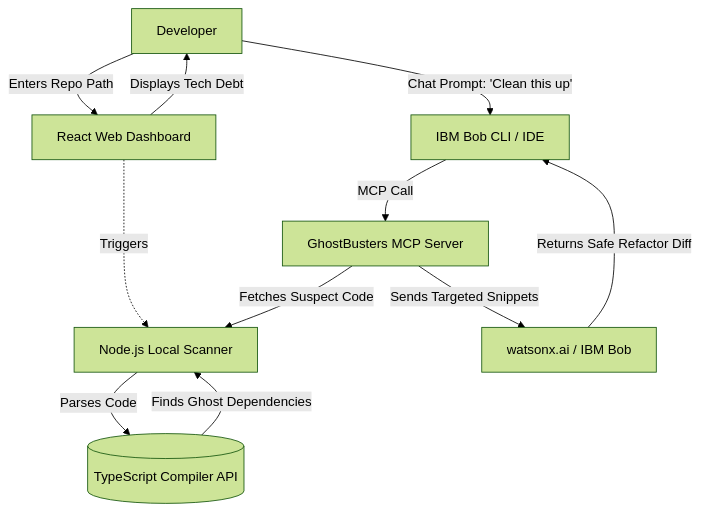
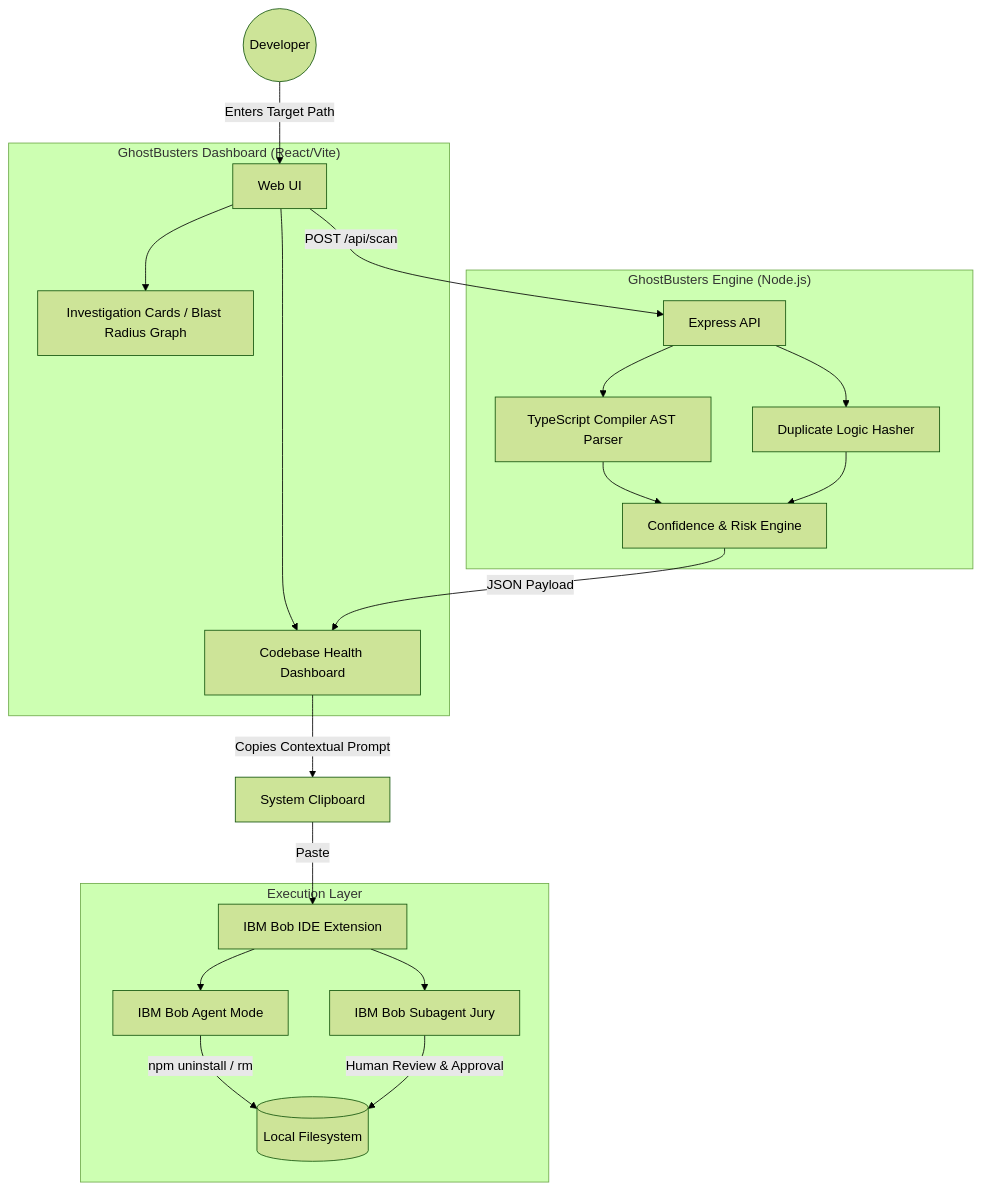
The diagram in docs/architecture.md (priyanshibhatt17/bob-ai-hackathon-GhostBusters), drawn with Mermaid (forest theme) before and after one commit. The commit also changed other lines of this file and 12 other files, not shown here.

````diff
--- a/docs/architecture.md
+++ b/docs/architecture.md
@@ -5,14 +9,44 @@
 ```mermaid
 graph TD
-    A[Developer] -->|Enters Repo Path| B[React Web Dashboard]
-    B -->|Displays Tech Debt| A
-    B -.->|Triggers| C[Node.js Local Scanner]
-    C -->|Parses Code| D[(TypeScript Compiler API)]
-    D -->|Finds Ghost Dependencies| C
+    %% User Inputs
+    User((Developer)) -->|Enters Target Path| Frontend
     
-    A -->|Chat Prompt: 'Clean this up'| E[IBM Bob CLI / IDE]
-    E -->|MCP Call| F[GhostBusters MCP Server]
-    F -->|Fetches Suspect Code| C
-    F -->|Sends Targeted Snippets| G[watsonx.ai / IBM Bob]
-    G -->|Returns Safe Refactor Diff| E
+    %% Frontend Components
+    subgraph "GhostBusters Dashboard (React/Vite)"
+        Frontend[Web UI]
+        Dashboard[Codebase Health Dashboard]
+        UX[Investigation Cards / Blast Radius Graph]
+        Frontend --> Dashboard
+        Frontend --> UX
+    end
+
+    %% Backend Engine
+    subgraph "GhostBusters Engine (Node.js)"
+        API[Express API]
+        AST[TypeScript Compiler AST Parser]
+        DuplicateHash[Duplicate Logic Hasher]
+        Confidence[Confidence & Risk Engine]
+        
+        API --> AST
+        API --> DuplicateHash
+        AST --> Confidence
+        DuplicateHash --> Confidence
+    end
+    
+    %% Connections
+    Frontend -->|POST /api/scan| API
+    Confidence -->|JSON Payload| Dashboard
+    
+    %% Orchestration
+    Dashboard -->|Copies Contextual Prompt| Clipboard[System Clipboard]
+    Clipboard -->|Paste| IBMBob[IBM Bob IDE Extension]
+    
+    %% AI Execution
+    subgraph "Execution Layer"
+        IBMBob --> AgentMode[IBM Bob Agent Mode]
+        IBMBob --> SubagentJury[IBM Bob Subagent Jury]
+        
+        AgentMode -->|npm uninstall / rm| Filesystem[(Local Filesystem)]
+        SubagentJury -->|Human Review & Approval| Filesystem
+    end
 ```
````
